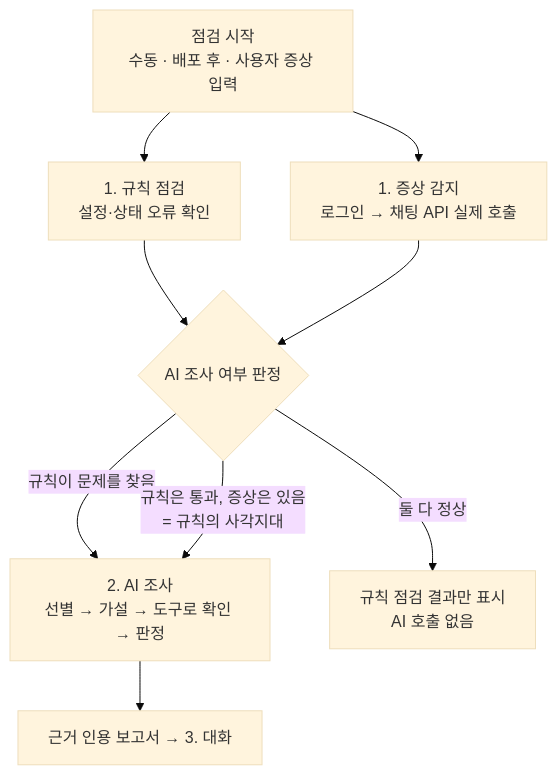
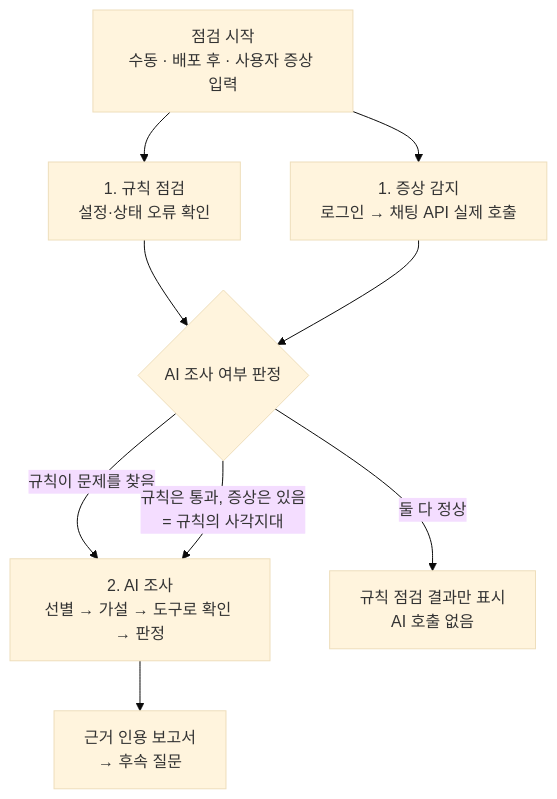
The second of 2 diagrams in docs/산출물/02-문제정의및서비스기획.md (skax-jihyeryu/KubeGuardian), drawn with Mermaid (base theme) before and after one commit. The commit also changed other lines of this file and 1 other file, not shown here.

````diff
--- a/docs/산출물/02-문제정의및서비스기획.md
+++ b/docs/산출물/02-문제정의및서비스기획.md
@@ -107,11 +112,11 @@
 ```mermaid
 flowchart TB
     T[점검 시작<br/>수동 · 배포 후 · 사용자 증상 입력] --> R[1. 규칙 점검<br/>설정·상태 오류 확인]
     T --> S[1. 증상 감지<br/>로그인 → 채팅 API 실제 호출]
     R --> G{AI 조사 여부 판정}
     S --> G
     G -->|규칙이 문제를 찾음| AI[2. AI 조사<br/>선별 → 가설 → 도구로 확인 → 판정]
     G -->|규칙은 통과, 증상은 있음<br/>= 규칙의 사각지대| AI
     G -->|둘 다 정상| OK[규칙 점검 결과만 표시<br/>AI 호출 없음]
-    AI --> REP[근거 인용 보고서 → 3. 대화]
+    AI --> REP[근거 인용 보고서<br/>→ 후속 질문]
 ```
````
